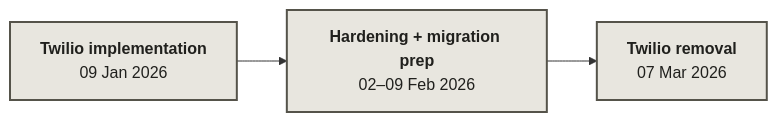
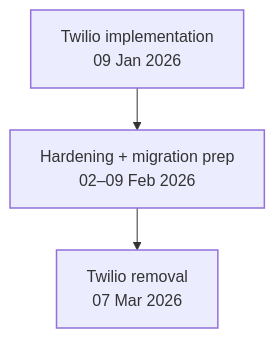
Before and after one commit to Niyam-Paneru/dentsignal-twilio-evidence: the diagram in README.md, drawn with Mermaid.

Commit message:
Improve Mermaid layout and light-dark theme readability

````diff
--- a/README.md
+++ b/README.md
@@ -25,7 +25,16 @@
 ```mermaid
-flowchart LR
-    A["<b>Twilio implementation</b><br/>09 Jan 2026"] --> B["<b>Hardening + migration prep</b><br/>02–09 Feb 2026"]
-    B --> C["<b>Twilio removal</b><br/>07 Mar 2026"]
-    classDef input fill:#e8e6df,stroke:#55534a,color:#20201d,stroke-width:2px;
+---
+config:
+  flowchart:
+    curve: linear
+    nodeSpacing: 28
+    rankSpacing: 42
+---
+flowchart TB
+    accTitle: Telephony timeline
+    accDescr: Decision flow for telephony timeline.
+    A["Twilio implementation<br/>09 Jan 2026"] --> B["Hardening + migration prep<br/>02–09 Feb 2026"]
+    B --> C["Twilio removal<br/>07 Mar 2026"]
+    classDef input stroke-width:1.5px;
     class A,B,C input;
 ```
````
